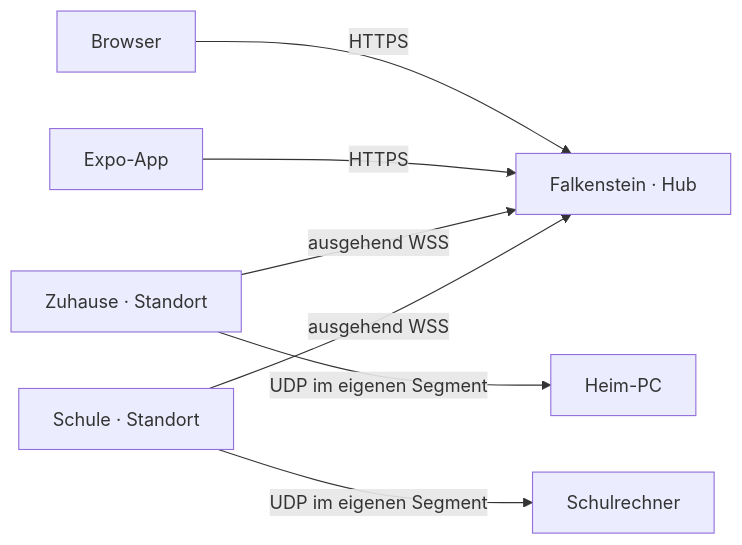
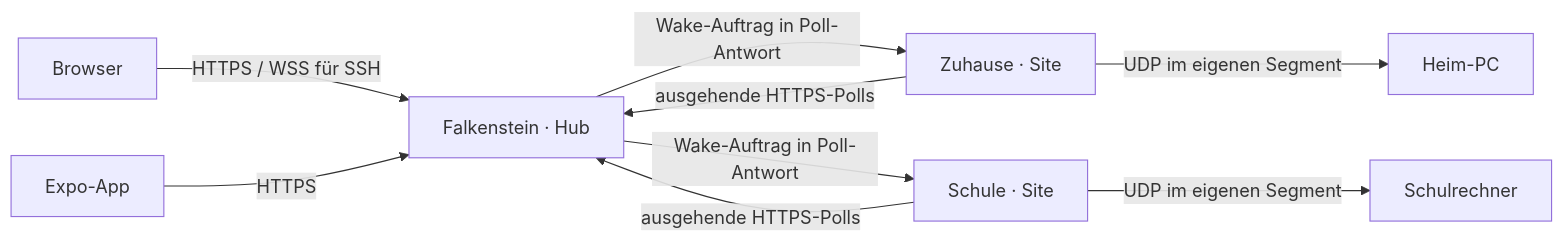
Before and after one commit to JackatDJL/wolui: the diagram in docs/rfcs/README.md, drawn with Mermaid. The commit also changed other lines of this file and 28 other files, not shown here.

````diff
--- a/docs/rfcs/README.md
+++ b/docs/rfcs/README.md
@@ -12,9 +18,11 @@
 ```mermaid
 flowchart LR
-    Web[Browser] -->|HTTPS| Hub[Falkenstein · Hub]
+    Web[Browser] -->|HTTPS / WSS für SSH| Hub[Falkenstein · Hub]
     App[Expo-App] -->|HTTPS| Hub
-    Home[Zuhause · Standort] -->|ausgehend WSS| Hub
-    School[Schule · Standort] -->|ausgehend WSS| Hub
+    Home[Zuhause · Site] -->|ausgehende HTTPS-Polls| Hub
+    School[Schule · Site] -->|ausgehende HTTPS-Polls| Hub
+    Hub -->|Wake-Auftrag in Poll-Antwort| Home
+    Hub -->|Wake-Auftrag in Poll-Antwort| School
     Home -->|UDP im eigenen Segment| PC[Heim-PC]
     School -->|UDP im eigenen Segment| WS[Schulrechner]
 ```
````
